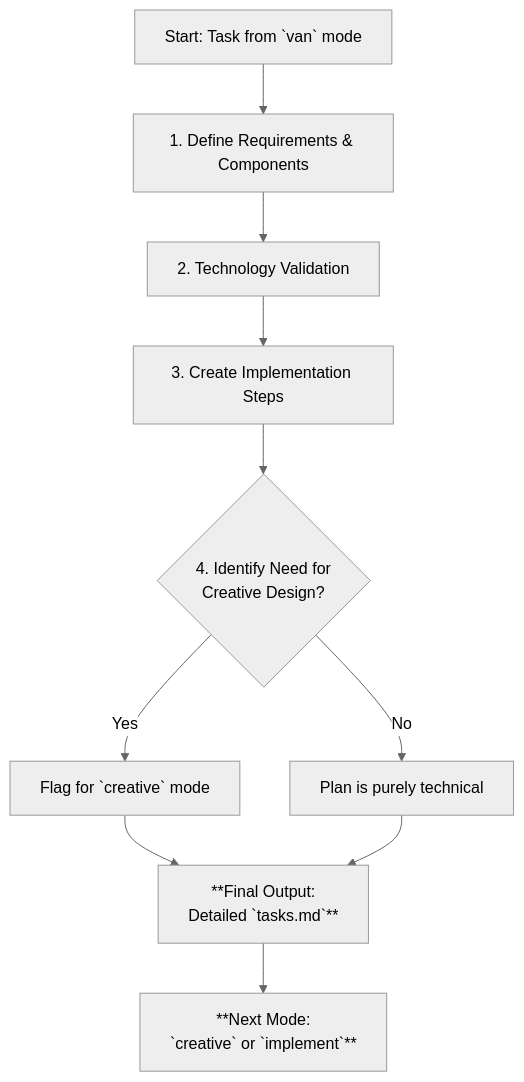
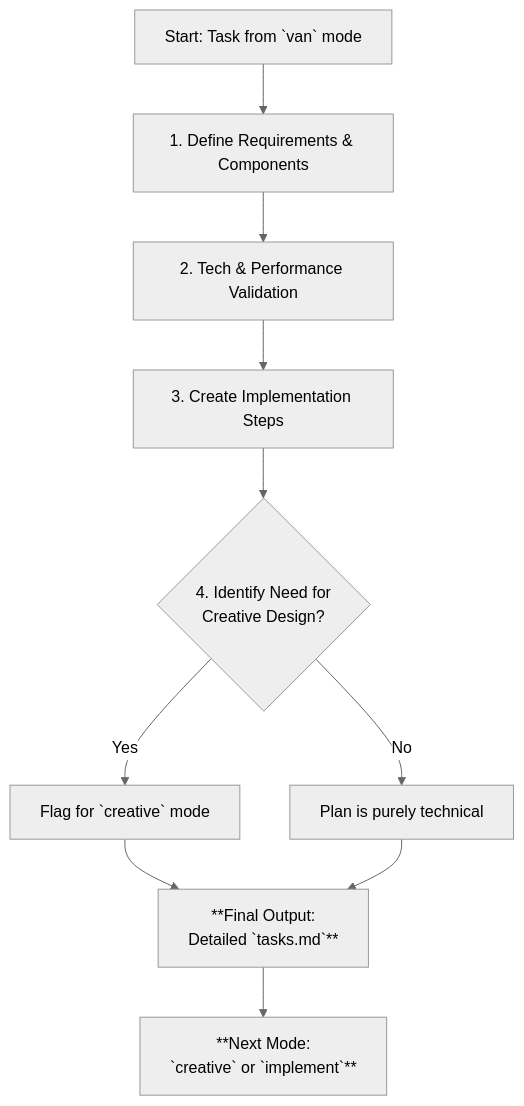
One commit to mldsqc/memory-bank changed the diagram in v5_geminipro/modes/plan_mode.mdc. Above: the diagram before and after it, drawn with Mermaid (neutral theme). The commit also changed other lines of this file and 5 other files, not shown here.

````diff
--- a/v5_geminipro/modes/plan_mode.mdc
+++ b/v5_geminipro/modes/plan_mode.mdc
@@ -12,11 +12,11 @@
 ```mermaid
 graph TD
     A["Start: Task from `van` mode"] --> B["1. Define Requirements & Components"];
-    B --> C["2. Technology Validation"];
+    B --> C["2. Tech & Performance Validation"];
     C --> D["3. Create Implementation Steps"];
     D --> E{"4. Identify Need for<br>Creative Design?"};
     E --> |Yes| F["Flag for `creative` mode"];
     E --> |No| G["Plan is purely technical"];
     F & G --> H["**Final Output:<br>Detailed `tasks.md`**"];
     H --> I["**Next Mode:<br>`creative` or `implement`**"]
 ```
````
